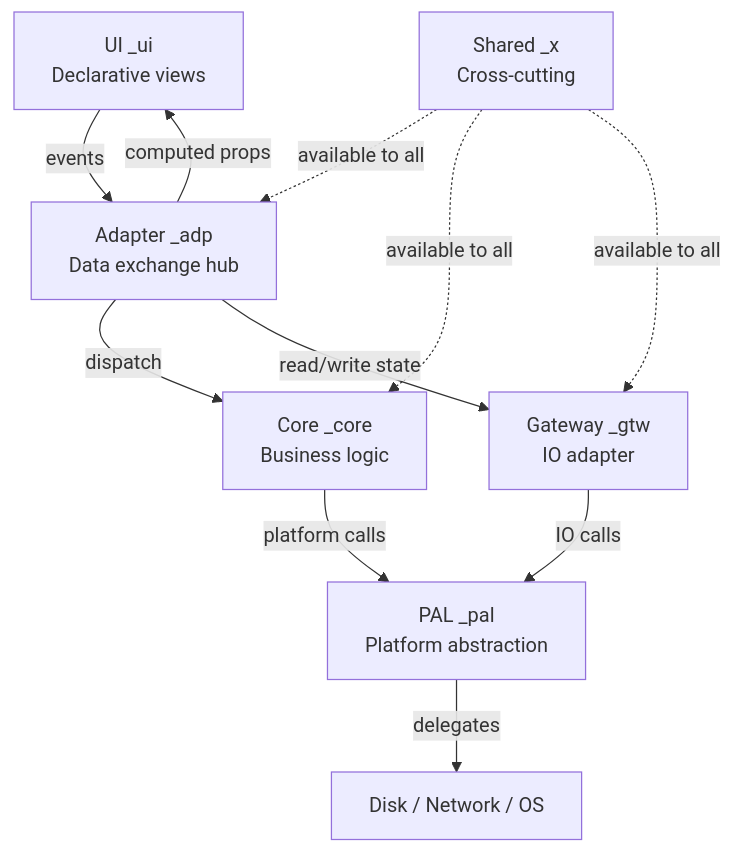
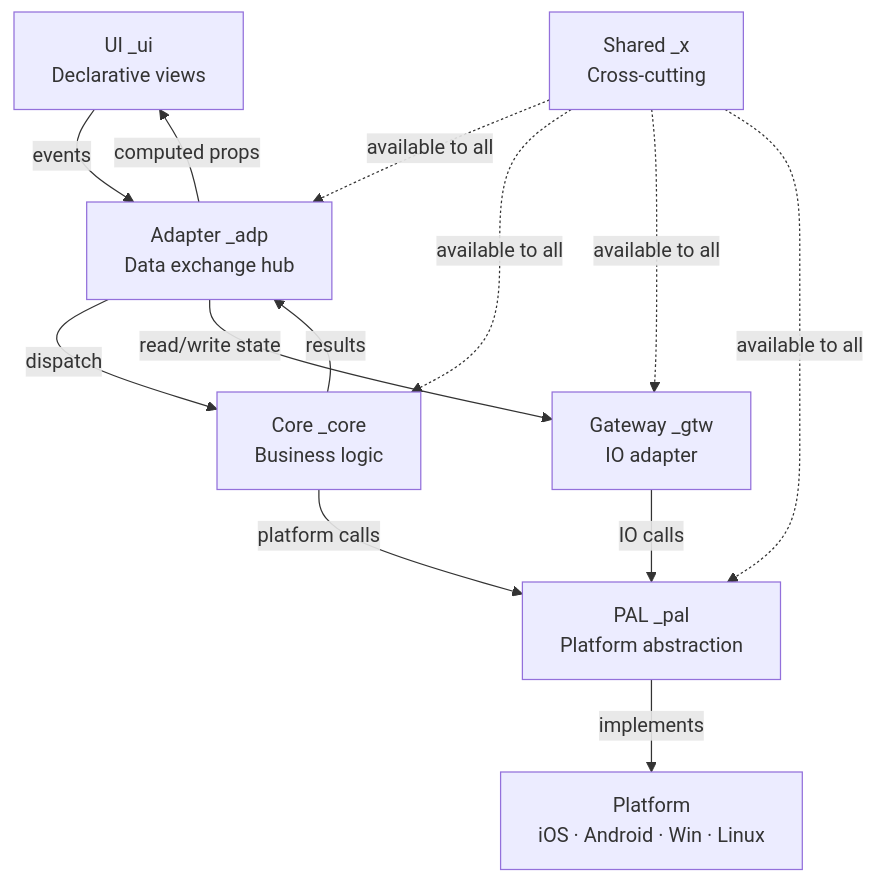
Before and after one commit to lpmwfx/Rules: the diagram in global/topology.md, drawn with Mermaid. The commit also changed other lines of this file and 2 other files, not shown here.

````diff
--- a/global/topology.md
+++ b/global/topology.md
@@ -66,21 +97,23 @@
 ```mermaid
 graph TB
     UI["UI _ui\nDeclarative views"]
     AD["Adapter _adp\nData exchange hub"]
     CORE["Core _core\nBusiness logic"]
     PAL["PAL _pal\nPlatform abstraction"]
     GTW["Gateway _gtw\nIO adapter"]
     SH["Shared _x\nCross-cutting"]
-    DISK["Disk / Network / OS"]
+    PLAT["Platform\niOS · Android · Win · Linux"]
 
     UI -->|events| AD
     AD -->|computed props| UI
     AD -->|dispatch| CORE
+    CORE -->|results| AD
     AD -->|read/write state| GTW
     CORE -->|platform calls| PAL
     GTW -->|IO calls| PAL
-    PAL -->|delegates| DISK
+    PAL -->|implements| PLAT
     SH -.->|available to all| AD
     SH -.->|available to all| CORE
     SH -.->|available to all| GTW
+    SH -.->|available to all| PAL
 ```
````
